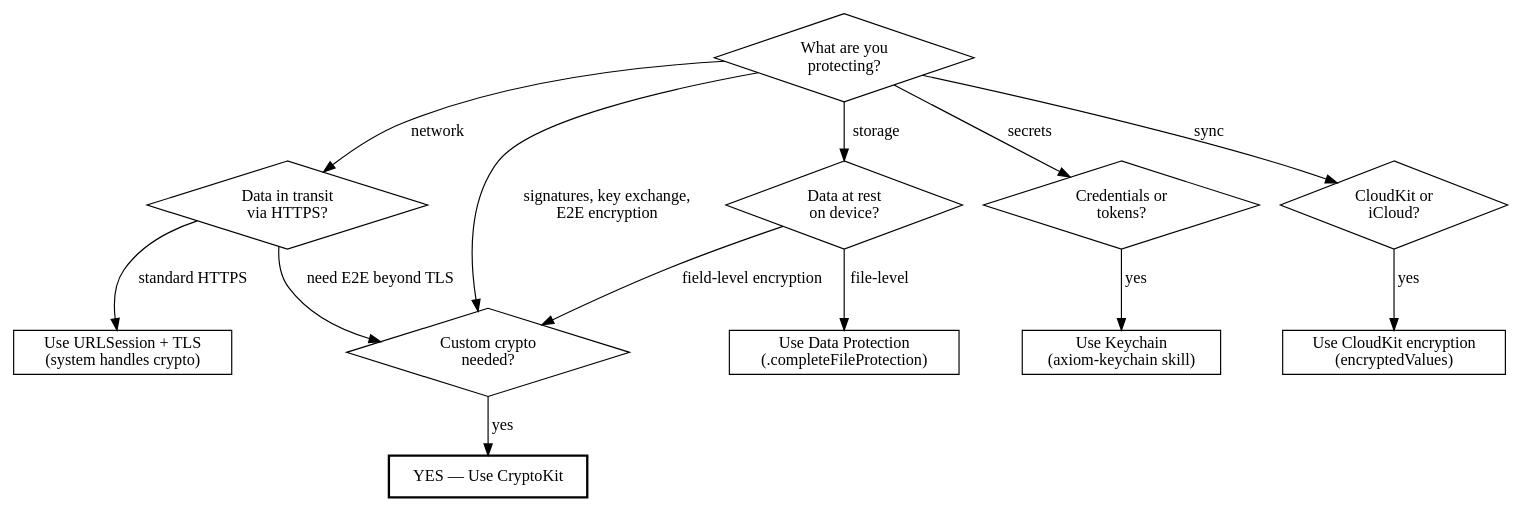
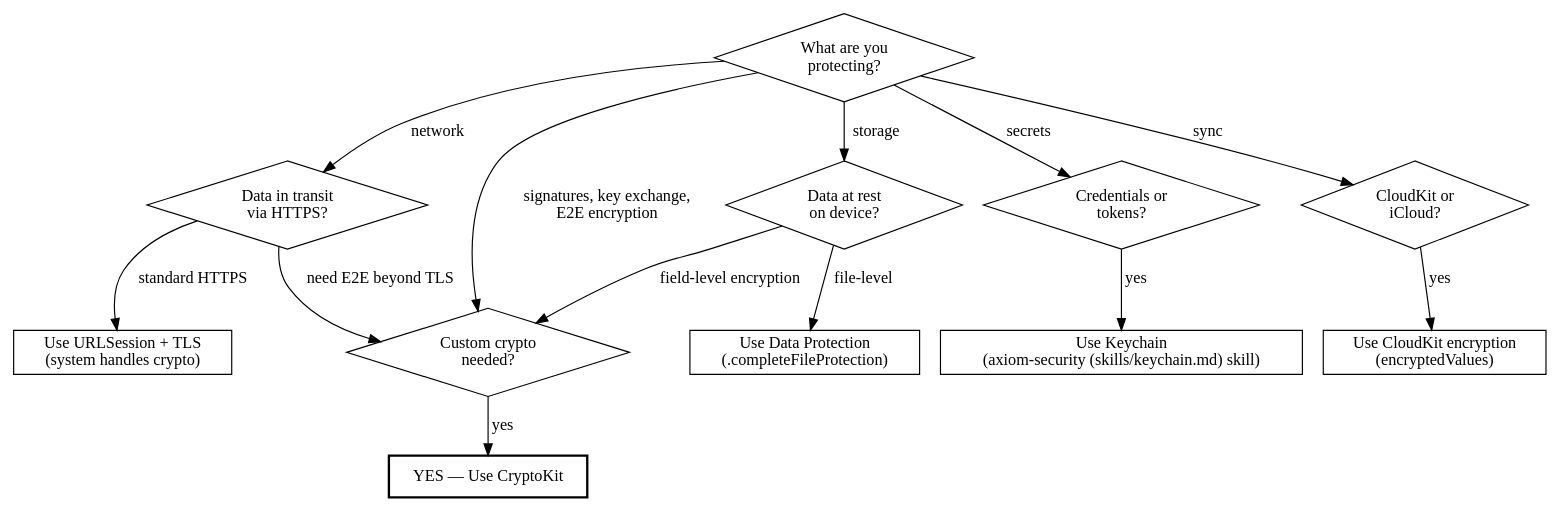
One commit to CharlesWiltgen/Axiom changed the diagram in .claude-plugin/plugins/axiom/skills/axiom-security/skills/cryptokit.md. Above: the diagram before and after it, drawn with Graphviz. The commit also changed other lines of this file and 73 other files, not shown here.

````diff
--- a/.claude-plugin/plugins/axiom/skills/axiom-security/skills/cryptokit.md
+++ b/.claude-plugin/plugins/axiom/skills/axiom-security/skills/cryptokit.md
@@ -43,30 +43,30 @@
 ```dot
 digraph need_cryptokit {
     "What are you\nprotecting?" [shape=diamond];
     "Data in transit\nvia HTTPS?" [shape=diamond];
     "Data at rest\non device?" [shape=diamond];
     "Credentials or\ntokens?" [shape=diamond];
     "CloudKit or\niCloud?" [shape=diamond];
     "Custom crypto\nneeded?" [shape=diamond];
 
     "Use URLSession + TLS\n(system handles crypto)" [shape=box];
     "Use Data Protection\n(.completeFileProtection)" [shape=box];
-    "Use Keychain\n(axiom-keychain skill)" [shape=box];
+    "Use Keychain\n(axiom-security (skills/keychain.md) skill)" [shape=box];
     "Use CloudKit encryption\n(encryptedValues)" [shape=box];
     "YES — Use CryptoKit" [shape=box, style=bold];
 
     "What are you\nprotecting?" -> "Data in transit\nvia HTTPS?" [label="network"];
     "What are you\nprotecting?" -> "Data at rest\non device?" [label="storage"];
     "What are you\nprotecting?" -> "Credentials or\ntokens?" [label="secrets"];
     "What are you\nprotecting?" -> "CloudKit or\niCloud?" [label="sync"];
     "What are you\nprotecting?" -> "Custom crypto\nneeded?" [label="signatures, key exchange,\nE2E encryption"];
 
     "Data in transit\nvia HTTPS?" -> "Use URLSession + TLS\n(system handles crypto)" [label="standard HTTPS"];
     "Data in transit\nvia HTTPS?" -> "Custom crypto\nneeded?" [label="need E2E beyond TLS"];
     "Data at rest\non device?" -> "Use Data Protection\n(.completeFileProtection)" [label="file-level"];
     "Data at rest\non device?" -> "Custom crypto\nneeded?" [label="field-level encryption"];
-    "Credentials or\ntokens?" -> "Use Keychain\n(axiom-keychain skill)" [label="yes"];
+    "Credentials or\ntokens?" -> "Use Keychain\n(axiom-security (skills/keychain.md) skill)" [label="yes"];
     "CloudKit or\niCloud?" -> "Use CloudKit encryption\n(encryptedValues)" [label="yes"];
     "Custom crypto\nneeded?" -> "YES — Use CryptoKit" [label="yes"];
 }
 ```
````
